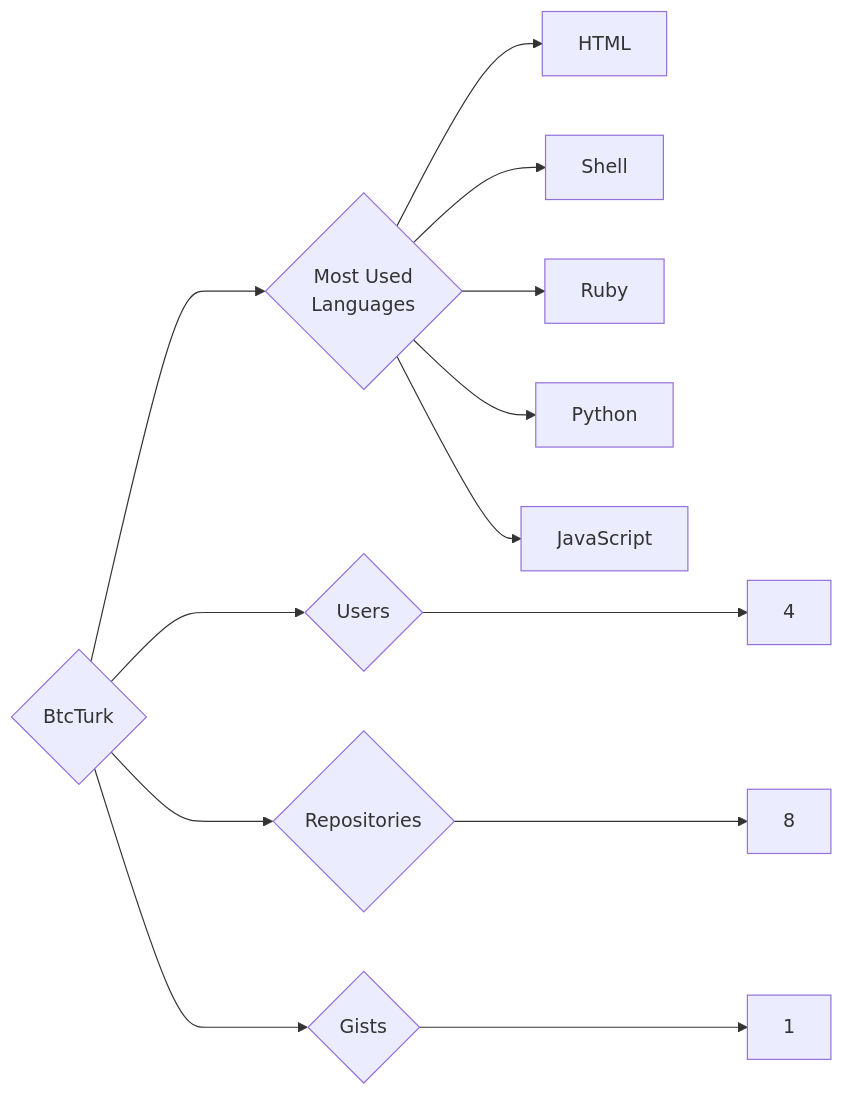
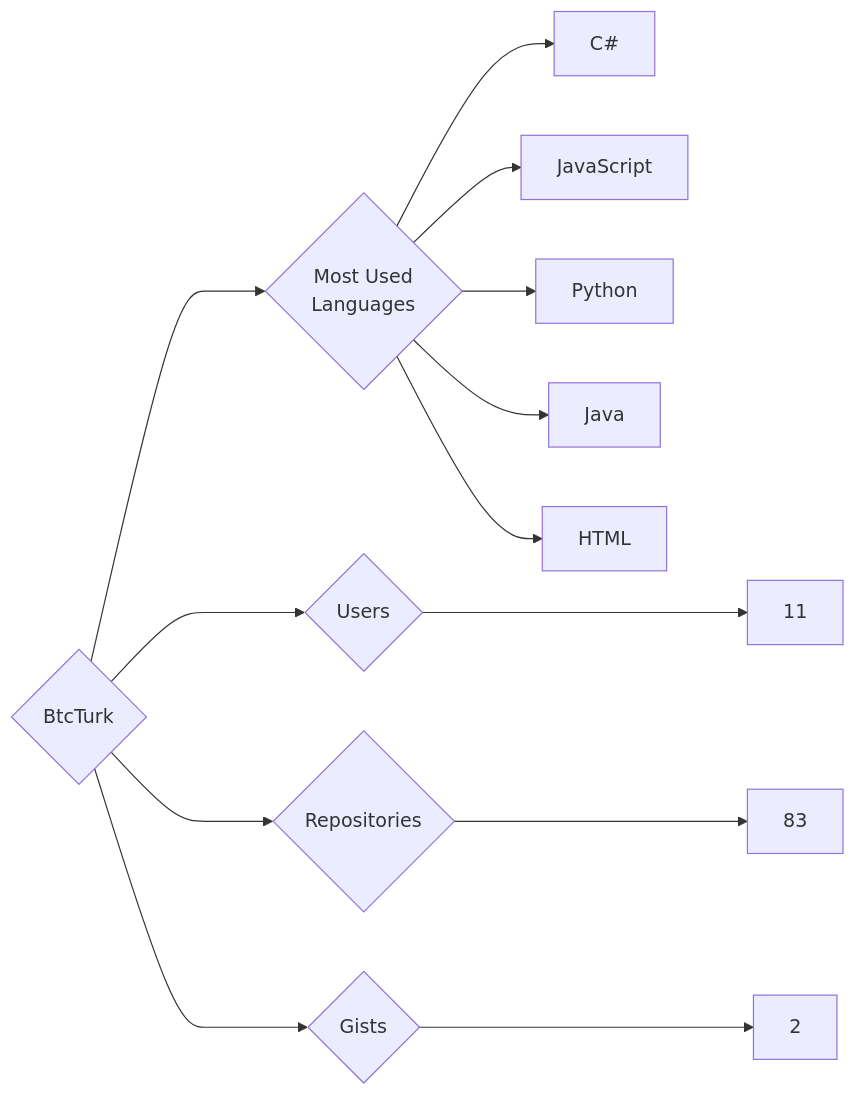
Before and after one commit to trickest/insiders: the diagram in targets/BtcTurk/README.md, drawn with Mermaid. The commit also changed 838 other files, not shown here.

````diff
--- a/targets/BtcTurk/README.md
+++ b/targets/BtcTurk/README.md
@@ -3,13 +3,13 @@
 ```mermaid
 graph LR
 COMPANY_NAME{BtcTurk}
-COMPANY_NAME ---> U{Users} ---> UN[4]
-COMPANY_NAME ---> R{Repositories} ---> RN[8]
-COMPANY_NAME ---> G{Gists} ---> GN[1]
+COMPANY_NAME ---> U{Users} ---> UN[11]
+COMPANY_NAME ---> R{Repositories} ---> RN[83]
+COMPANY_NAME ---> G{Gists} ---> GN[2]
 COMPANY_NAME ---> ML{Most Used<br>Languages}
+ML --> C#[C#]
+ML --> JavaScript[JavaScript]
+ML --> Python[Python]
+ML --> Java[Java]
 ML --> HTML[HTML]
-ML --> Shell[Shell]
-ML --> Ruby[Ruby]
-ML --> Python[Python]
-ML --> JavaScript[JavaScript]
 ```
````
